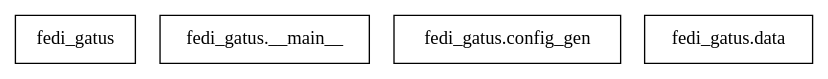
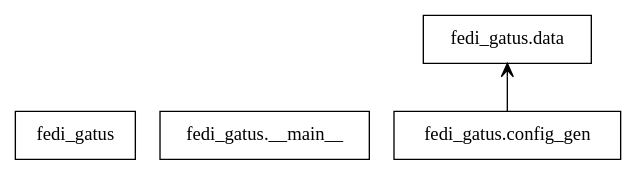
Before and after one commit to Jelloeater/fedi_gatus: the diagram in docs/packages.dot, drawn with Graphviz. The commit also changed 5 other files, not shown here.

Commit message:
wip: Finished config gen

```diff
--- a/docs/packages.dot
+++ b/docs/packages.dot
@@ -1,8 +1,9 @@
 digraph "packages" {
 rankdir=BT
 charset="utf-8"
 "fedi_gatus" [color="black", label=<fedi_gatus>, shape="box", style="solid"];
 "fedi_gatus.__main__" [color="black", label=<fedi_gatus.__main__>, shape="box", style="solid"];
 "fedi_gatus.config_gen" [color="black", label=<fedi_gatus.config_gen>, shape="box", style="solid"];
 "fedi_gatus.data" [color="black", label=<fedi_gatus.data>, shape="box", style="solid"];
+"fedi_gatus.config_gen" -> "fedi_gatus.data" [arrowhead="open", arrowtail="none"];
 }
```
